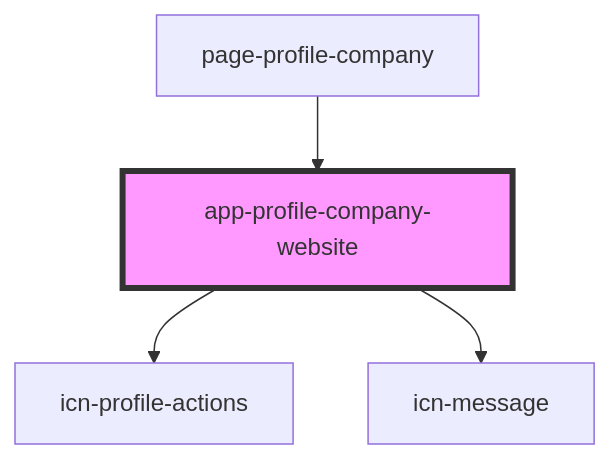
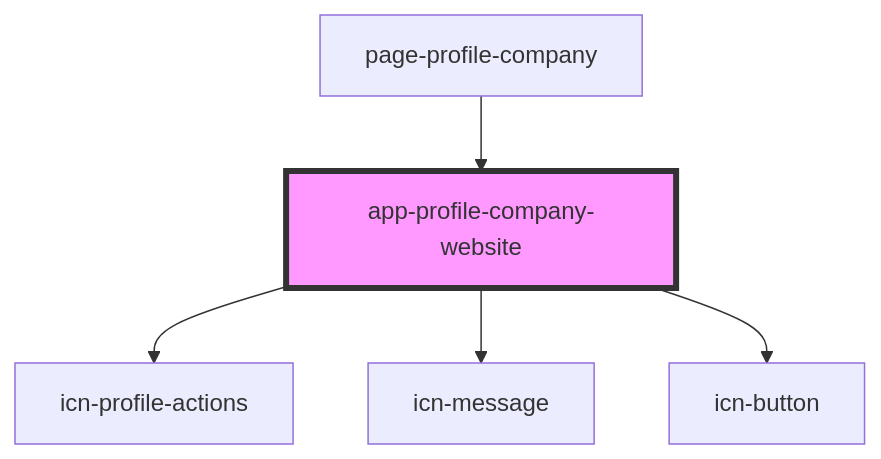
Before and after one commit to lokheed/IconEventNetwork.Web: the diagram in iconeventnetwork-web/src/components/app-profile-company-website/readme.md, drawn with Mermaid. The commit also changed other lines of this file and 61 other files, not shown here.

First line of the commit message:
Created icn-button component

````diff
--- a/iconeventnetwork-web/src/components/app-profile-company-website/readme.md
+++ b/iconeventnetwork-web/src/components/app-profile-company-website/readme.md
@@ -28,7 +29,8 @@
 ```mermaid
 graph TD;
   app-profile-company-website --> icn-profile-actions
   app-profile-company-website --> icn-message
+  app-profile-company-website --> icn-button
   page-profile-company --> app-profile-company-website
   style app-profile-company-website fill:#f9f,stroke:#333,stroke-width:4px
 ```
````
